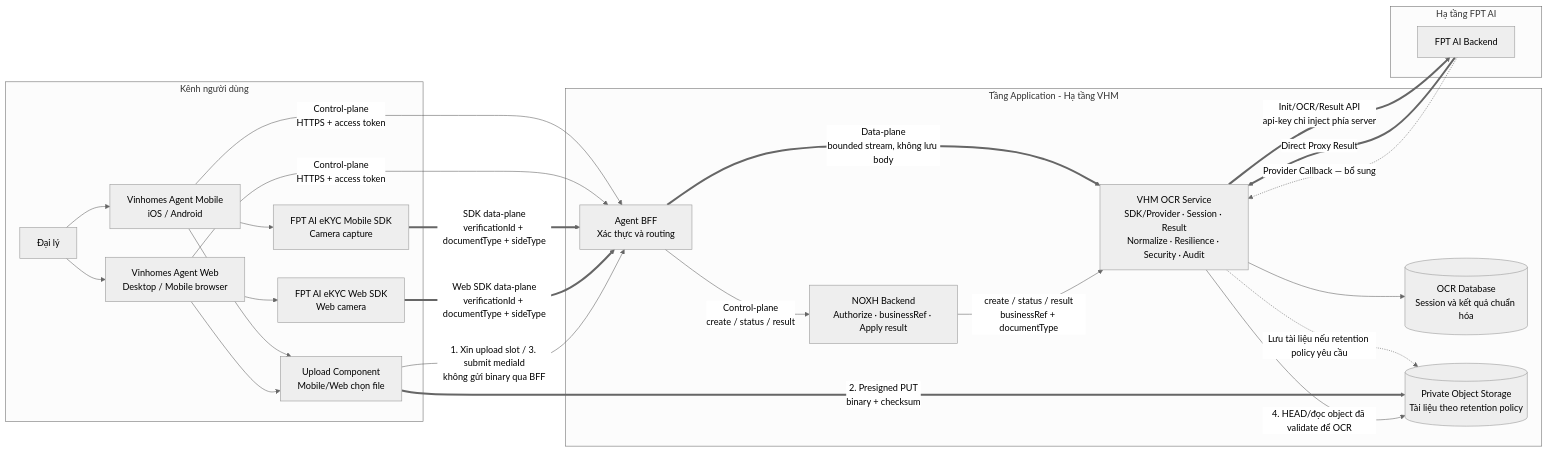
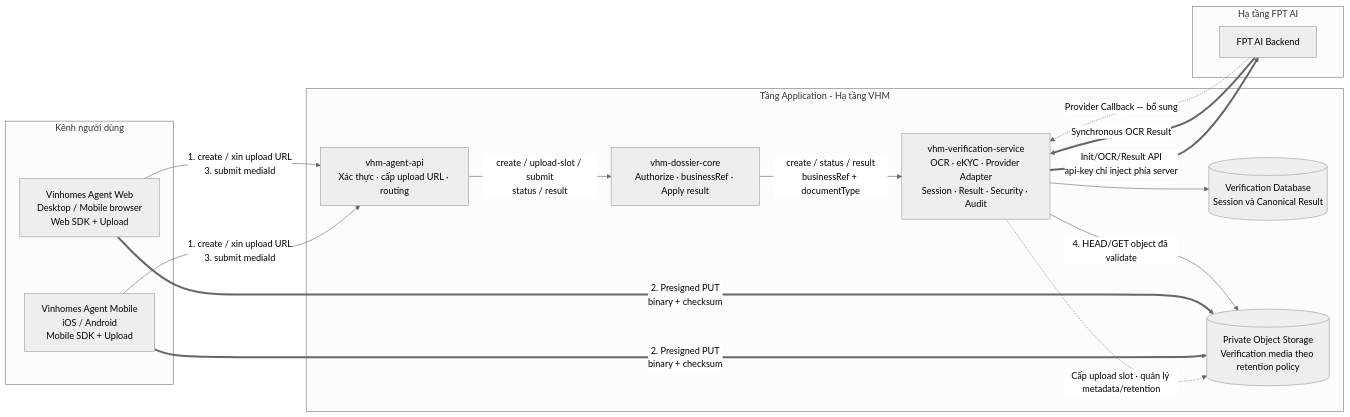
The first of 9 diagrams in noxh.md (huynv-xyz/vhm), drawn with Mermaid (neutral theme) before and after one commit. The commit also changed other lines of this file, not shown here.

````diff
--- a/noxh.md
+++ b/noxh.md
@@ -139,47 +141,34 @@
 ```mermaid
 flowchart LR
     subgraph CLIENT["Kênh người dùng"]
-        USER["Đại lý"]
-        MOBILE["Vinhomes Agent Mobile<br/>iOS / Android"]
-        WEB["Vinhomes Agent Web<br/>Desktop / Mobile browser"]
-        MOBILE_SDK["FPT AI eKYC Mobile SDK<br/>Camera capture"]
-        WEB_SDK["FPT AI eKYC Web SDK<br/>Web camera"]
-        UPLOAD["Upload Component<br/>Mobile/Web chọn file"]
-        USER --> MOBILE
-        USER --> WEB
-        MOBILE --> MOBILE_SDK
-        WEB --> WEB_SDK
-        MOBILE --> UPLOAD
-        WEB --> UPLOAD
+        MOBILE["Vinhomes Agent Mobile<br/>iOS / Android<br/>Mobile SDK + Upload"]
+        WEB["Vinhomes Agent Web<br/>Desktop / Mobile browser<br/>Web SDK + Upload"]
     end
 
     subgraph APPLICATION["Tầng Application - Hạ tầng VHM"]
-        BFF["Agent BFF<br/>Xác thực và routing"]
-        NOXH["NOXH Backend<br/>Authorize · businessRef · Apply result"]
-        PROXY["VHM OCR Service<br/>SDK/Provider · Session · Result<br/>Normalize · Resilience · Security · Audit"]
-        DB[("OCR Database<br/>Session và kết quả chuẩn hóa")]
-        MEDIA[("Private Object Storage<br/>Tài liệu theo retention policy")]
+        BFF["vhm-agent-api<br/>Xác thực · cấp upload URL · routing"]
+        NOXH["vhm-dossier-core<br/>Authorize · businessRef · Apply result"]
+        PROXY["vhm-verification-service<br/>OCR · eKYC · Provider Adapter<br/>Session · Result · Security · Audit"]
+        DB[("Verification Database<br/>Session và Canonical Result")]
+        MEDIA[("Private Object Storage<br/>Verification media theo retention policy")]
 
-        BFF -->|"Control-plane<br/>create / status / result"| NOXH
-        BFF ==>|"Data-plane<br/>bounded stream, không lưu body"| PROXY
+        BFF -->|"create / upload-slot / submit<br/>status / result"| NOXH
         NOXH -->|"create / status / result<br/>businessRef + documentType"| PROXY
         PROXY --> DB
-        PROXY -.->|"Lưu tài liệu nếu retention policy yêu cầu"| MEDIA
+        PROXY -.->|"Cấp upload slot · quản lý metadata/retention"| MEDIA
     end
 
     subgraph FPT["Hạ tầng FPT AI"]
         PROVIDER["FPT AI Backend"]
     end
 
-    MOBILE -->|"Control-plane<br/>HTTPS + access token"| BFF
-    WEB -->|"Control-plane<br/>HTTPS + access token"| BFF
-    MOBILE_SDK ==>|"SDK data-plane<br/>verificationId + documentType + sideType"| BFF
-    WEB_SDK ==>|"Web SDK data-plane<br/>verificationId + documentType + sideType"| BFF
-    UPLOAD -->|"1. Xin upload slot / 3. submit mediaId<br/>không gửi binary qua BFF"| BFF
-    UPLOAD ==>|"2. Presigned PUT<br/>binary + checksum"| MEDIA
-    PROXY -->|"4. HEAD/đọc object đã validate để OCR"| MEDIA
+    MOBILE -->|"1. create / xin upload URL<br/>3. submit mediaId"| BFF
+    WEB -->|"1. create / xin upload URL<br/>3. submit mediaId"| BFF
+    MOBILE ==>|"2. Presigned PUT<br/>binary + checksum"| MEDIA
+    WEB ==>|"2. Presigned PUT<br/>binary + checksum"| MEDIA
+    PROXY -->|"4. HEAD/GET object đã validate"| MEDIA
     PROXY ==>|"Init/OCR/Result API<br/>api-key chỉ inject phía server"| PROVIDER
-    PROVIDER ==>|"Direct Proxy Result"| PROXY
+    PROVIDER ==>|"Synchronous OCR Result"| PROXY
     PROVIDER -.->|"Provider Callback — bổ sung"| PROXY
 
 ```
````
